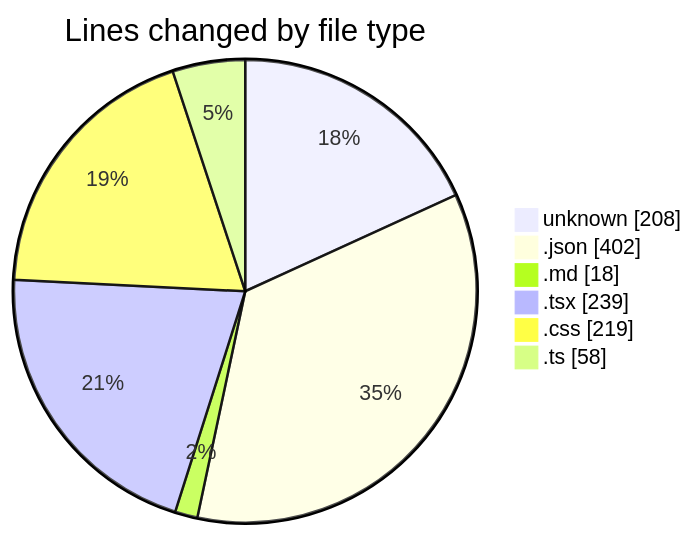
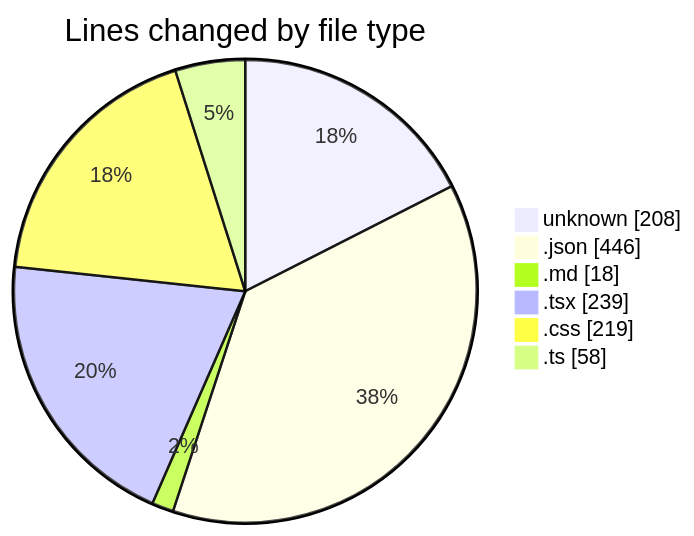
Before and after one commit to EIIisD/code-tracking: the first of 2 diagrams in 2025-08-07/ribbon/README.md, drawn with Mermaid. The commit also changed other lines of this file and 1 other file, not shown here.

````diff
--- a/2025-08-07/ribbon/README.md
+++ b/2025-08-07/ribbon/README.md
@@ -29,10 +29,10 @@
 ```mermaid
 pie showData
 title Lines changed by file type
 "unknown" : 208
-".json" : 402
+".json" : 446
 ".md" : 18
 ".tsx" : 239
 ".css" : 219
 ".ts" : 58
 ```
````
